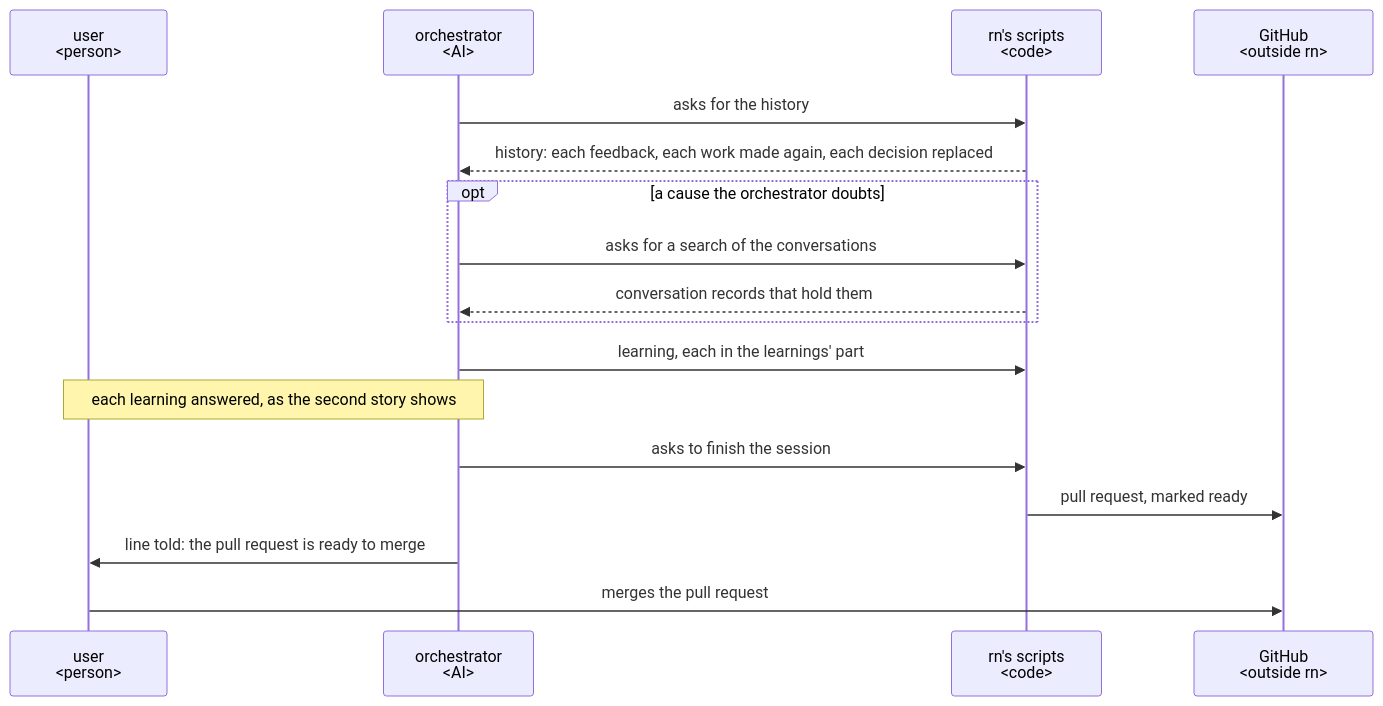
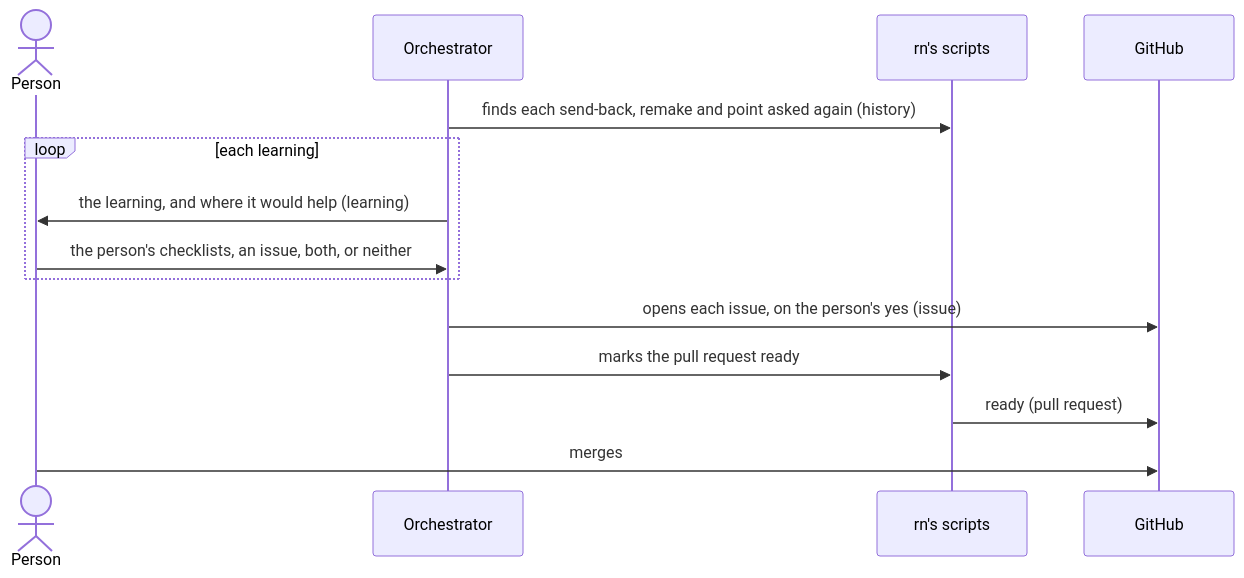
The fourth of 4 diagrams in dev/rn/architecture.md (lovaizu/ccpm), drawn with Mermaid before and after one commit. The commit also changed other lines of this file and 1 other file, not shown here.

First line of the commit message:
rn's architecture rewritten from its design tree on the architecture template alone

````diff
--- a/dev/rn/architecture.md
+++ b/dev/rn/architecture.md
@@ -384,19 +160,16 @@
 ```mermaid
 sequenceDiagram
-  participant U as user<br/>#lt;person#gt;
-  participant O as orchestrator<br/>#lt;AI#gt;
-  participant S as rn's scripts<br/>#lt;code#gt;
-  participant G as GitHub<br/>#lt;outside rn#gt;
-  O->>S: asks for the history
-  S-->>O: history: each feedback, each work made again, each decision replaced
-  opt a cause the orchestrator doubts
-    O->>S: asks for a search of the conversations
-    S-->>O: conversation records that hold them
+  actor U as Person
+  participant O as Orchestrator
+  participant S as rn's scripts
+  participant G as GitHub
+  O->>S: finds each send-back, remake and point asked again (history)
+  loop each learning
+    O->>U: the learning, and where it would help (learning)
+    U->>O: the person's checklists, an issue, both, or neither
   end
-  O->>S: learning, each in the learnings' part
-  Note over U,O: each learning answered, as the second story shows
-  O->>S: asks to finish the session
-  S->>G: pull request, marked ready
-  O->>U: line told: the pull request is ready to merge
-  U->>G: merges the pull request
+  O->>G: opens each issue, on the person's yes (issue)
+  O->>S: marks the pull request ready
+  S->>G: ready (pull request)
+  U->>G: merges
 ```
````
